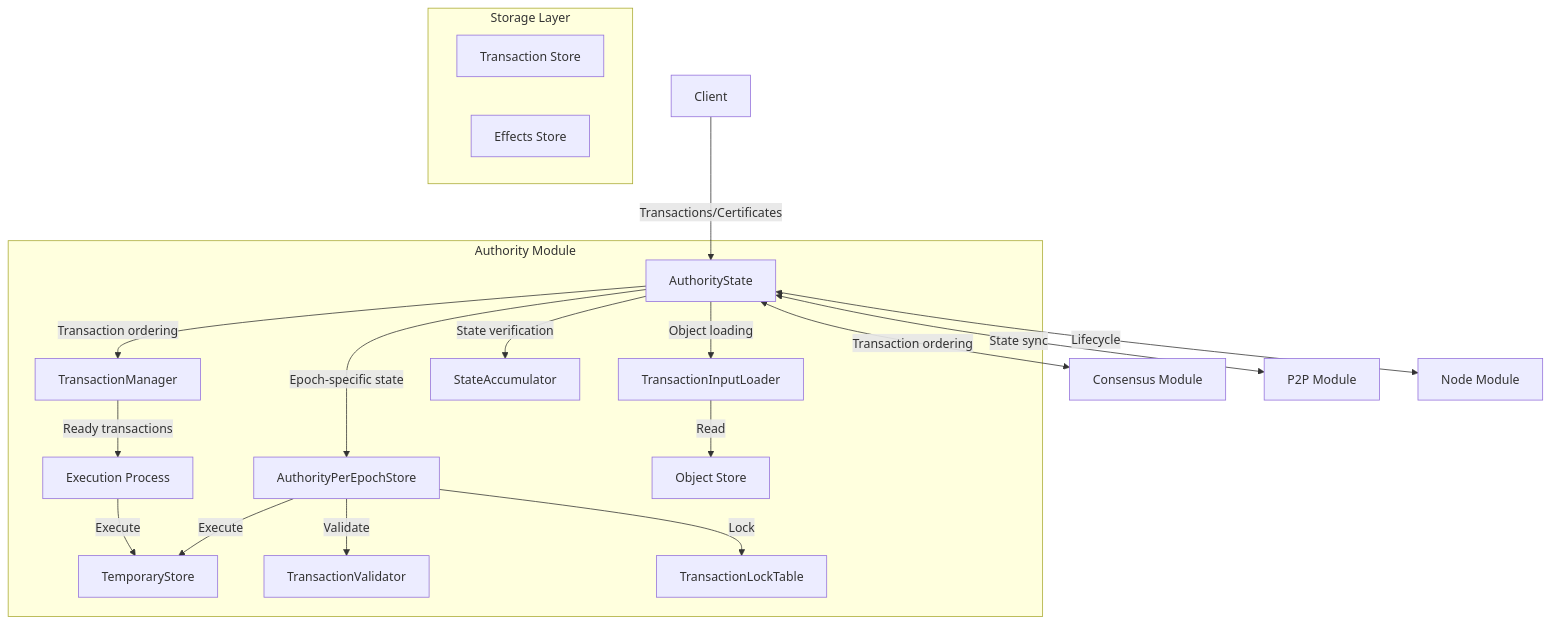
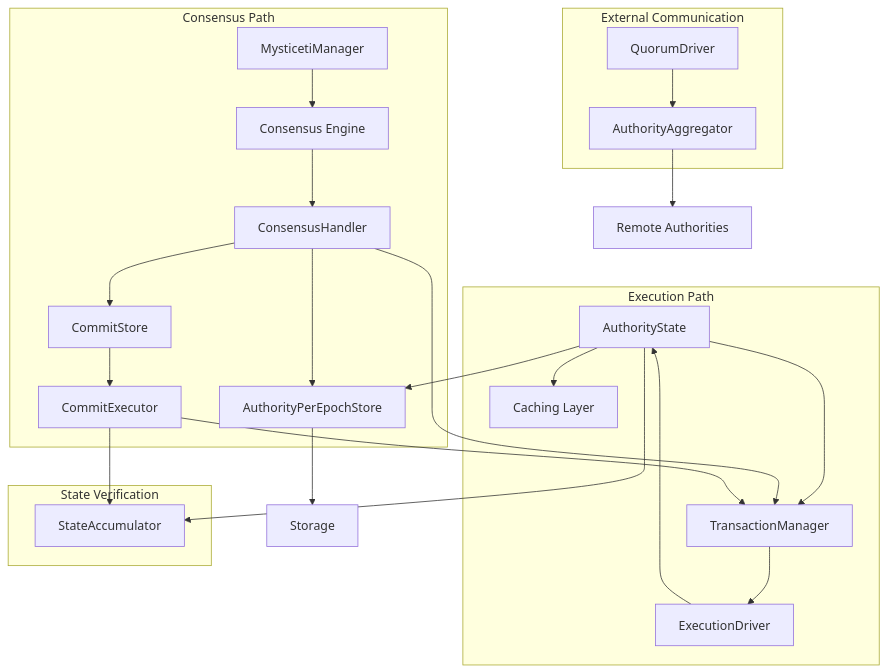
One commit to soma-org/soma changed the diagram in memory-bank/modules/authority/index.md. Above: the diagram before and after it, drawn with Mermaid. The commit also changed other lines of this file and 22 other files, not shown here.

````diff
--- a/memory-bank/modules/authority/index.md
+++ b/memory-bank/modules/authority/index.md
@@ -17,30 +82,51 @@
 ```mermaid
 flowchart TD
-    Client[Client] -->|Transactions/Certificates| AuthState[AuthorityState]
+    AuthState[AuthorityState] --> EpochStore[AuthorityPerEpochStore]
+    AuthState --> TxManager[TransactionManager]
+    AuthState --> Cache[Caching Layer]
+    AuthState --> StateAcc[StateAccumulator]
     
-    subgraph "Authority Module"
-        AuthState -->|Epoch-specific state| EpochStore[AuthorityPerEpochStore]
-        AuthState -->|Transaction ordering| TxManager[TransactionManager]
-        AuthState -->|Object loading| InputLoader[TransactionInputLoader]
-        AuthState -->|State verification| Accumulator[StateAccumulator]
-        
-        EpochStore -->|Execute| TempStore[TemporaryStore]
-        EpochStore -->|Validate| TxValidator[TransactionValidator]
-        EpochStore -->|Lock| LockTable[TransactionLockTable]
-        
-        TxManager -->|Ready transactions| Executor[Execution Process]
-        Executor -->|Execute| TempStore
-        
-        InputLoader -->|Read| ObjectStore[Object Store]
+    TxManager --> ExecDriver[ExecutionDriver]
+    ConsHandler[ConsensusHandler] --> EpochStore
+    ConsHandler --> TxManager
+    
+    QuorumDriver --> AuthAgg[AuthorityAggregator]
+    AuthAgg --> RemoteAuth[Remote Authorities]
+    
+    EpochStore --> StateStore[Storage]
+    
+    ExecDriver --> AuthState
+    
+    ConsHandler --> CommitStore[CommitStore]
+    CommitStore --> CommitExec[CommitExecutor]
+    CommitExec --> TxManager
+    CommitExec --> StateAcc
+    
+    MysticetiMgr[MysticetiManager] --> ConsensusEngine[Consensus Engine]
+    ConsensusEngine --> ConsHandler
+    
+    subgraph "Execution Path"
+        AuthState
+        TxManager
+        ExecDriver
+        Cache
     end
     
-    AuthState <-->|Transaction ordering| Consensus[Consensus Module]
-    AuthState <-->|State sync| P2P[P2P Module]
-    AuthState <-->|Lifecycle| Node[Node Module]
+    subgraph "Consensus Path"
+        ConsHandler
+        EpochStore
+        CommitStore
+        CommitExec
+        MysticetiMgr
+        ConsensusEngine
+    end
     
-    subgraph "Storage Layer"
-        ObjectStore
-        TxStore[Transaction Store]
-        EffectsStore[Effects Store]
+    subgraph "External Communication"
+        QuorumDriver
+        AuthAgg
+    end
+    
+    subgraph "State Verification"
+        StateAcc
     end
 ```
````
